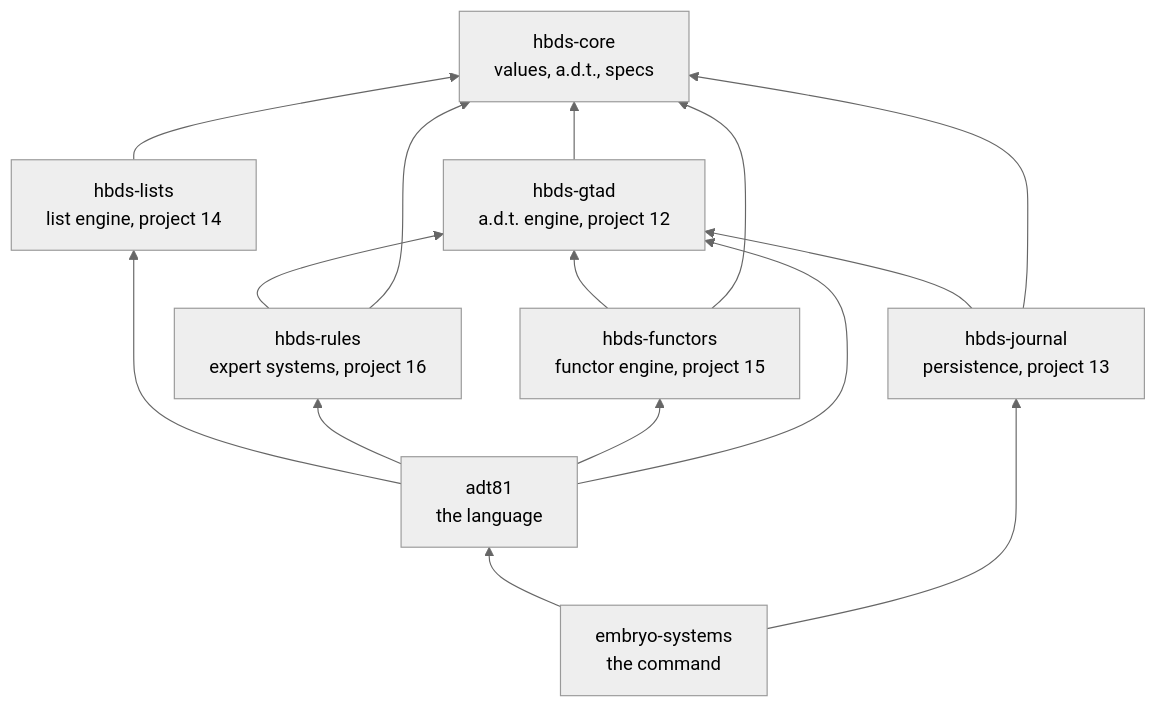
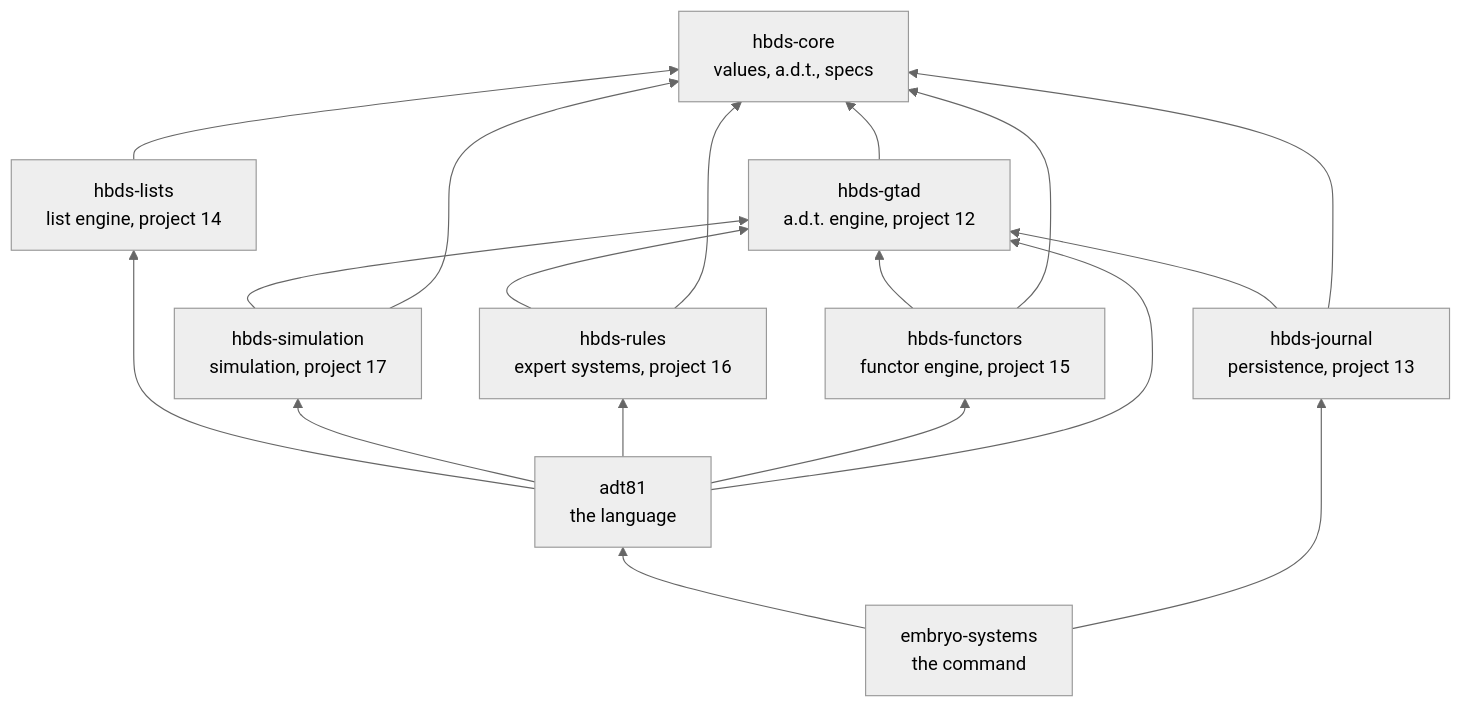
The second of 2 diagrams in README.md (nrdufour/embryo-systems), drawn with Mermaid (neutral theme) before and after one commit. The commit also changed other lines of this file and 40 other files, not shown here.

````diff
--- a/README.md
+++ b/README.md
@@ -71,18 +73,21 @@
 ```mermaid
 flowchart BT
     core["hbds-core<br/>values, a.d.t., specs"]
     lists["hbds-lists<br/>list engine, project 14"] --> core
     gtad["hbds-gtad<br/>a.d.t. engine, project 12"] --> core
     functors["hbds-functors<br/>functor engine, project 15"] --> gtad
     functors --> core
     journal["hbds-journal<br/>persistence, project 13"] --> gtad
     journal --> core
     rules["hbds-rules<br/>expert systems, project 16"] --> gtad
     rules --> core
+    sim["hbds-simulation<br/>simulation, project 17"] --> gtad
+    sim --> core
     adt81["adt81<br/>the language"] --> lists
+    adt81 --> sim
     adt81 --> rules
     adt81 --> functors
     adt81 --> gtad
     cli["embryo-systems<br/>the command"] --> adt81
     cli --> journal
 ```
````
